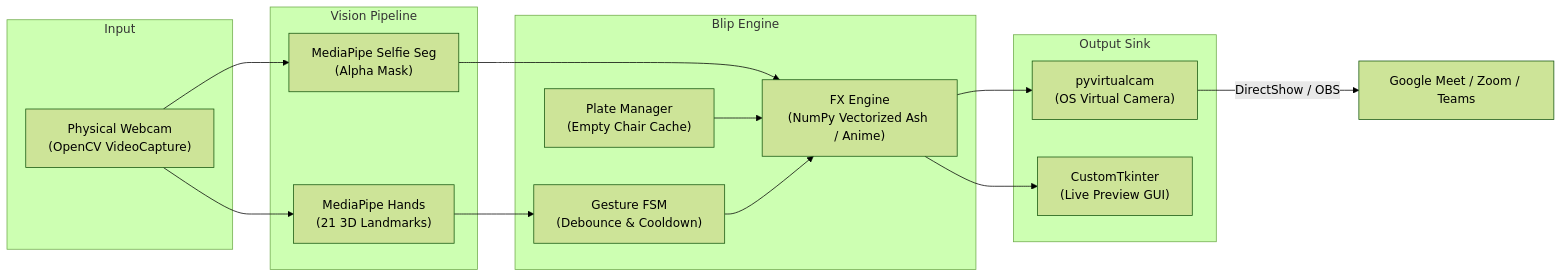
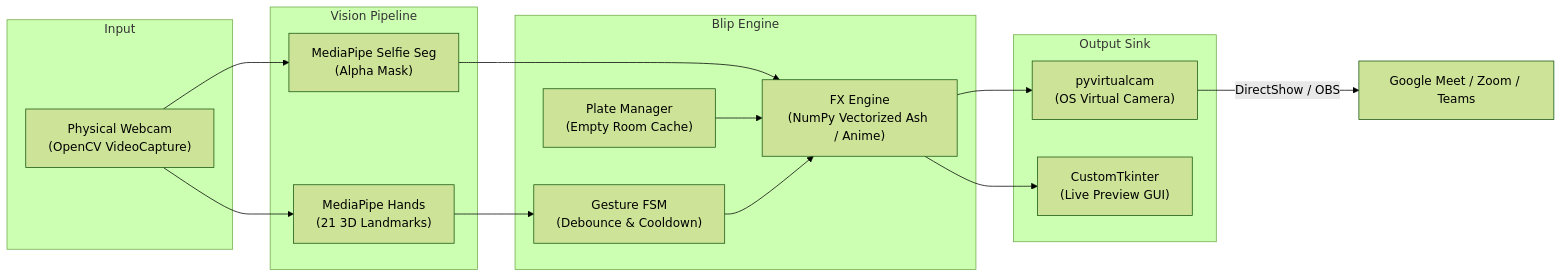
Before and after one commit to jhaabhijeet864/blip: the diagram in README.md, drawn with Mermaid (forest theme). The commit also changed other lines of this file, not shown here.

````diff
--- a/README.md
+++ b/README.md
@@ -108,32 +92,32 @@
 ```mermaid
 flowchart LR
     subgraph Capture ["Input"]
         Cam["Physical Webcam\n(OpenCV VideoCapture)"]
     end
 
     subgraph Vision ["Vision Pipeline"]
         Hands["MediaPipe Hands\n(21 3D Landmarks)"]
         Seg["MediaPipe Selfie Seg\n(Alpha Mask)"]
     end
 
     subgraph Core ["Blip Engine"]
         FSM["Gesture FSM\n(Debounce & Cooldown)"]
         FX["FX Engine\n(NumPy Vectorized Ash / Anime)"]
-        BG["Plate Manager\n(Empty Chair Cache)"]
+        BG["Plate Manager\n(Empty Room Cache)"]
     end
 
     subgraph Output ["Output Sink"]
         VCam["pyvirtualcam\n(OS Virtual Camera)"]
         GUI["CustomTkinter\n(Live Preview GUI)"]
     end
 
     Cam --> Hands
     Cam --> Seg
     Hands --> FSM
     Seg --> FX
     BG --> FX
     FSM --> FX
     FX --> VCam
     FX --> GUI
     VCam -->|"DirectShow / OBS"| GMeet["Google Meet / Zoom / Teams"]
 ```
````
